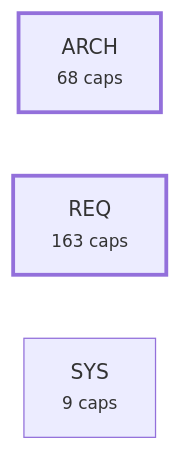
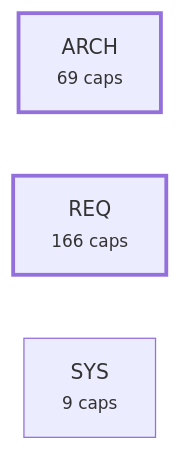
The fourth of 5 diagrams in plugin/requirements/_map.md (alxmax/Requirement-manager), drawn with Mermaid before and after one commit. The commit also changed other lines of this file and 19 other files, not shown here.

````diff
--- a/plugin/requirements/_map.md
+++ b/plugin/requirements/_map.md
@@ -955,8 +967,8 @@
 ```mermaid
 graph LR
-  a_ARCH["ARCH<br><small>68 caps</small>"]
-  a_REQ["REQ<br><small>163 caps</small>"]
+  a_ARCH["ARCH<br><small>69 caps</small>"]
+  a_REQ["REQ<br><small>166 caps</small>"]
   a_SYS["SYS<br><small>9 caps</small>"]
   style a_ARCH stroke-width:3px
   style a_REQ stroke-width:3px
 ```
````
